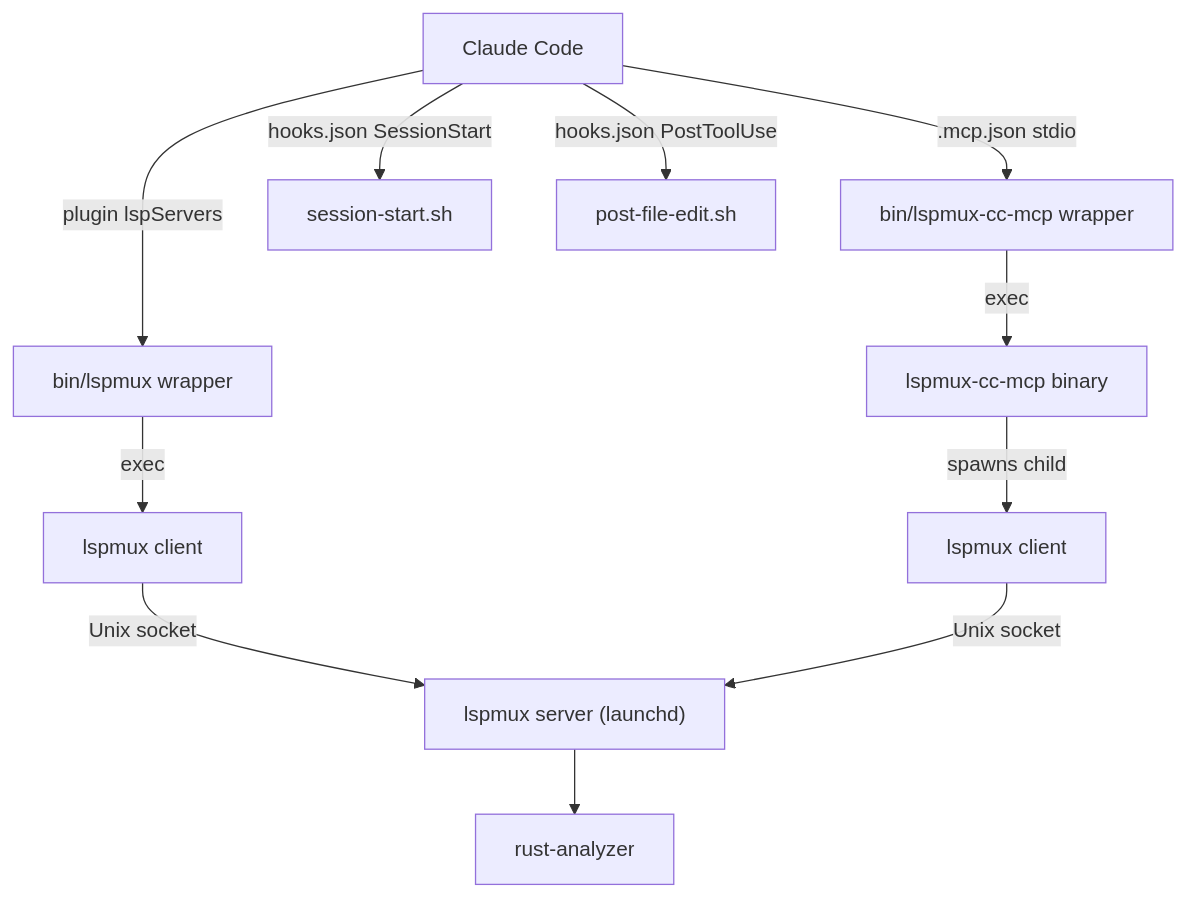
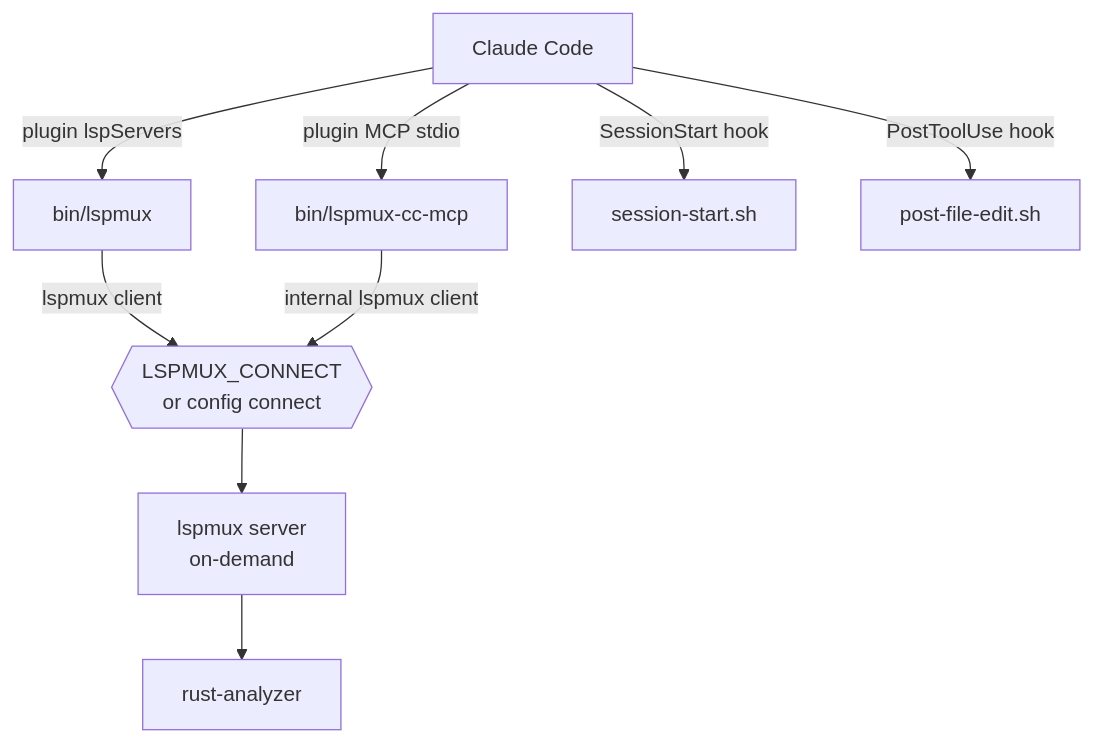
One commit to billf/lspmux-cc changed the diagram in docs/hosts/claude-code.md. Above: the diagram before and after it, drawn with Mermaid. The commit also changed other lines of this file and 8 other files, not shown here.

````diff
--- a/docs/hosts/claude-code.md
+++ b/docs/hosts/claude-code.md
@@ -109,13 +76,11 @@
 ```mermaid
 graph TD
-    CC[Claude Code] -->|plugin lspServers| LSP["bin/lspmux wrapper"]
-    CC -->|".mcp.json stdio"| MCP["bin/lspmux-cc-mcp wrapper"]
-    CC -->|"hooks.json SessionStart"| HOOK[session-start.sh]
-    CC -->|"hooks.json PostToolUse"| EDIT[post-file-edit.sh]
-    LSP -->|exec| LC[lspmux client]
-    MCP -->|exec| MCPBIN[lspmux-cc-mcp binary]
-    MCPBIN -->|spawns child| LC2[lspmux client]
-    LC -->|Unix socket| SRV["lspmux server (launchd)"]
-    LC2 -->|Unix socket| SRV
+    CC[Claude Code] -->|plugin lspServers| LSP["bin/lspmux"]
+    CC -->|plugin MCP stdio| MCP["bin/lspmux-cc-mcp"]
+    CC -->|SessionStart hook| HOOK[session-start.sh]
+    CC -->|PostToolUse hook| EDIT[post-file-edit.sh]
+    LSP -->|lspmux client| EP{{LSPMUX_CONNECT<br/>or config connect}}
+    MCP -->|internal lspmux client| EP
+    EP --> SRV["lspmux server<br/>on-demand"]
     SRV --> RA[rust-analyzer]
 ```
````
